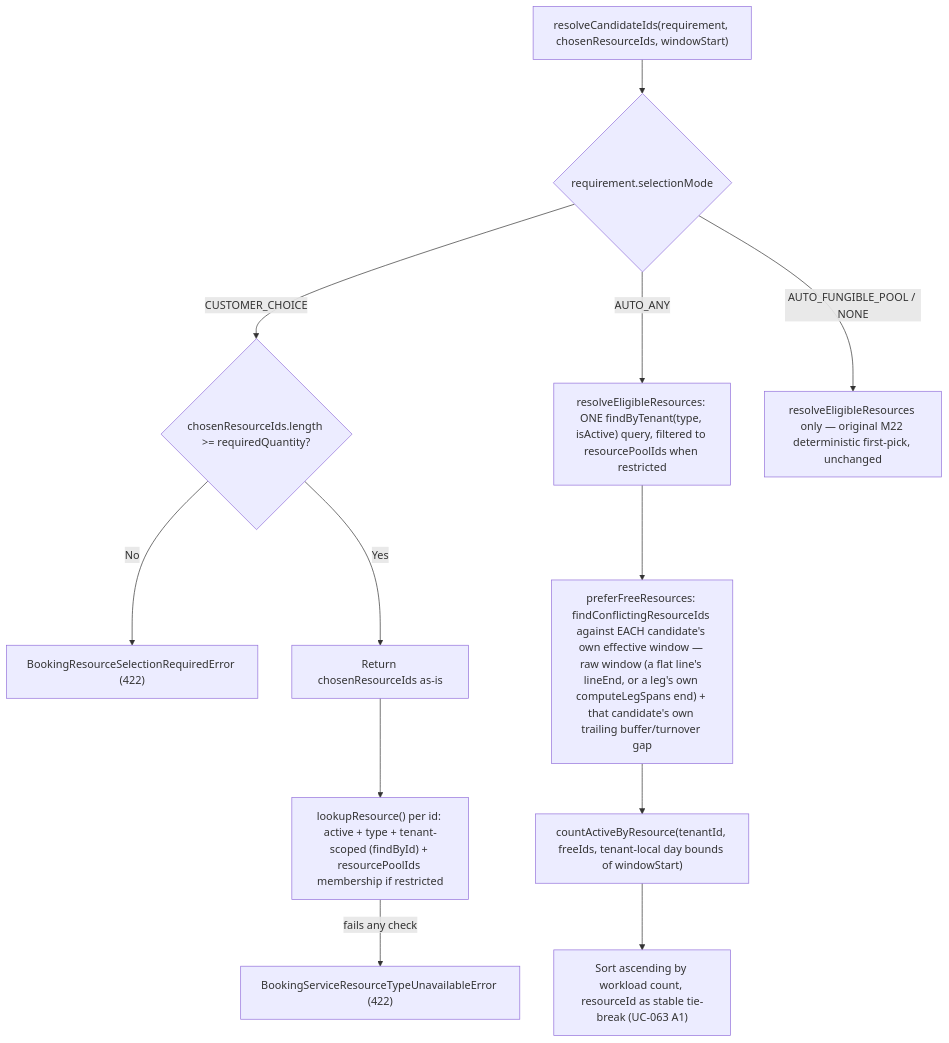
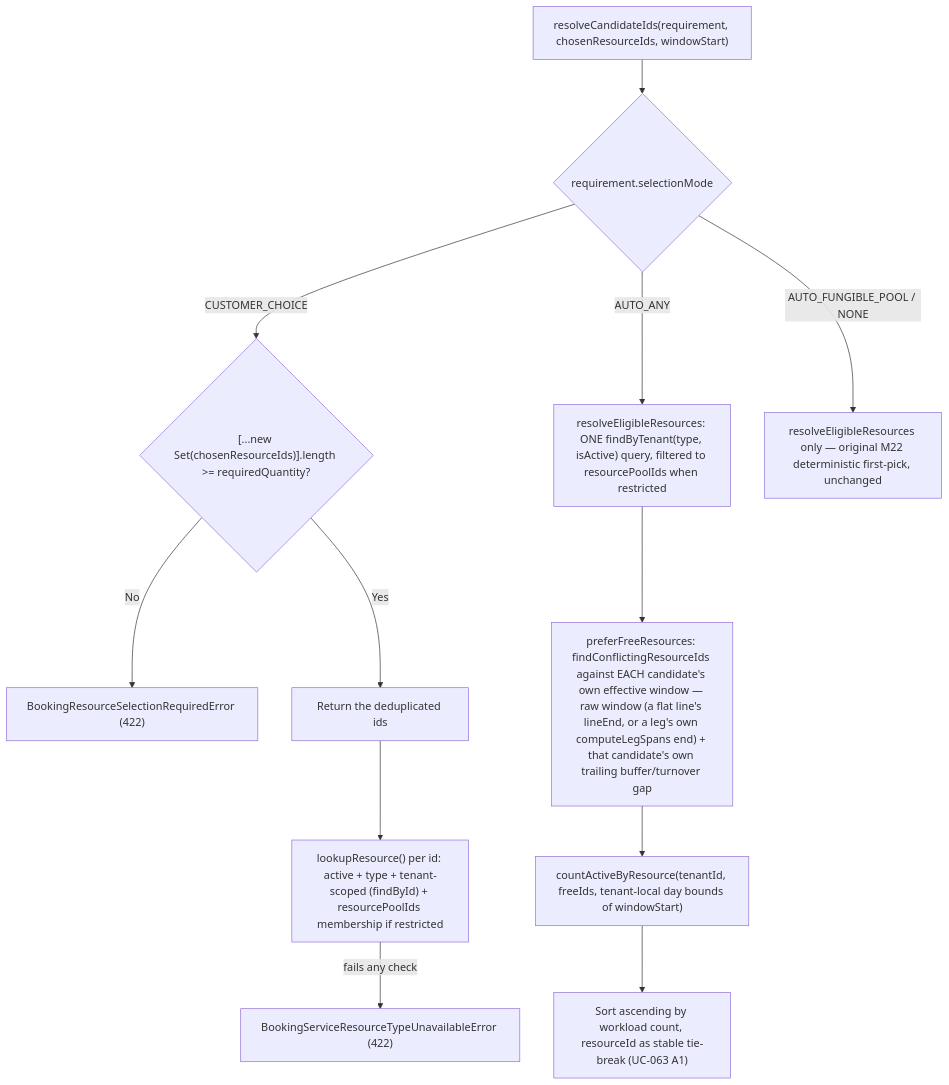
One commit to lmmoreira/ikaro changed the second of 3 diagrams in docs/27-BUSINESS_LOGIC_REFERENCE.md. Above: the diagram before and after it, drawn with Mermaid. The commit also changed other lines of this file and 2 other files, not shown here.

Commit message:
fix(booking): CUSTOMER_CHOICE treats an explicit empty resourcePoolIds as unrestricted (M23-S01)
lookupResource()'s poolRestricted check used a bare truthiness test on
requirement.resourcePoolIds — an empty array is truthy in JS, so a
CUSTOMER_CHOICE requirement explicitly configured with
resourcePoolIds: [] (a real, reachable domain state:
ResourceRequirementSchema has no .min(1), and ResourceRequirement.create
preserves [] rather than normalizing it to null) was treated as
"restricted to nothing," rejecting every selection instead of allowing
any active resource of the type.

Fixed to use .length > 0, matching the same [] === unrestricted
convention already used consistently elsewhere in this codebase:
isDegenerateService(), resolveEligibleResources(), and
availability-window-resolution.helpers.ts's own resourcePoolIds check.

Also fixes docs/27-BUSINESS_LOGIC_REFERENCE.md's selection-algorithm
diagram, which described CUSTOMER_CHOICE returning chosenResourceIds
"as-is" — the implementation (and the accompanying prose) has always
deduplicated first.

Claude-Session: https://claude.ai/code/session_01RbGShLurcfTDhfTJNsmogf

````diff
--- a/docs/27-BUSINESS_LOGIC_REFERENCE.md
+++ b/docs/27-BUSINESS_LOGIC_REFERENCE.md
@@ -74,16 +74,16 @@
 ```mermaid
 flowchart TD
   A["resolveCandidateIds(requirement, chosenResourceIds, windowStart)"] --> B{"requirement.selectionMode"}
-  B -->|CUSTOMER_CHOICE| C{"chosenResourceIds.length >= requiredQuantity?"}
+  B -->|CUSTOMER_CHOICE| C{"[...new Set(chosenResourceIds)].length >= requiredQuantity?"}
   C -->|No| D["BookingResourceSelectionRequiredError (422)"]
-  C -->|Yes| E["Return chosenResourceIds as-is"]
+  C -->|Yes| E["Return the deduplicated ids"]
   E --> F["lookupResource() per id: active + type + tenant-scoped (findById) + resourcePoolIds membership if restricted"]
   F -->|fails any check| G["BookingServiceResourceTypeUnavailableError (422)"]
 
   B -->|AUTO_ANY| H["resolveEligibleResources: ONE findByTenant(type, isActive) query, filtered to resourcePoolIds when restricted"]
   H --> H2["preferFreeResources: findConflictingResourceIds against EACH candidate's own effective window — raw window (a flat line's lineEnd, or a leg's own computeLegSpans end) + that candidate's own trailing buffer/turnover gap"]
   H2 --> I["countActiveByResource(tenantId, freeIds, tenant-local day bounds of windowStart)"]
   I --> J["Sort ascending by workload count, resourceId as stable tie-break (UC-063 A1)"]
 
   B -->|AUTO_FUNGIBLE_POOL / NONE| K["resolveEligibleResources only — original M22 deterministic first-pick, unchanged"]
 ```
````
